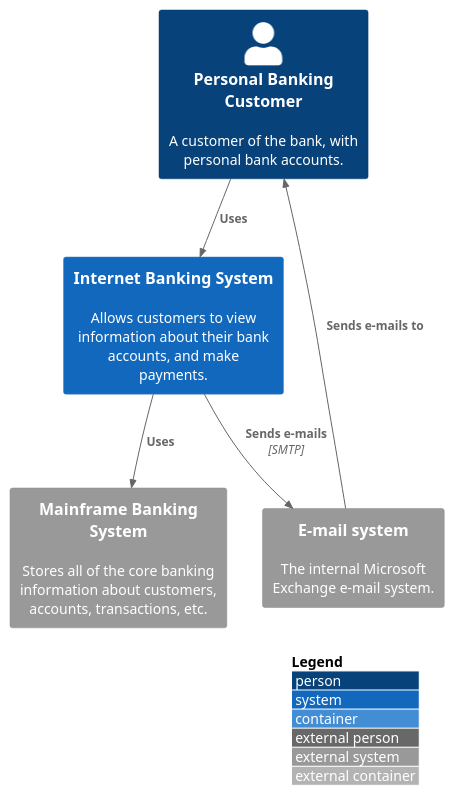
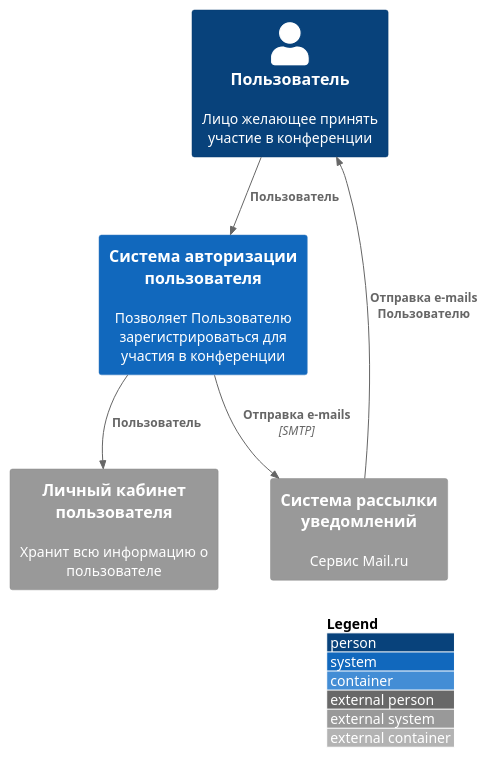
Before and after one commit to LenokGl/school: the diagram in docs/context/context.md, drawn with PlantUML. The commit also changed 3 other files, not shown here.

````diff
--- a/docs/context/context.md
+++ b/docs/context/context.md
@@ -5,17 +5,17 @@
 ```plantuml
 @startuml
 !include https://raw.githubusercontent.com/plantuml-stdlib/C4-PlantUML/master/C4_Container.puml
 
 LAYOUT_WITH_LEGEND()
 
-Person(pbc, "Personal Banking Customer", "A customer of the bank, with personal bank accounts.")
-System(ibs, "Internet Banking System", "Allows customers to view information about their bank accounts, and make payments.")
-System_Ext(es, "E-mail system", "The internal Microsoft Exchange e-mail system.")
-System_Ext(mbs, "Mainframe Banking System", "Stores all of the core banking information about customers, accounts, transactions, etc.")
+Person(pbc, "Пользователь", "Лицо желающее принять участие в конференции")
+System(ibs, "Система авторизации пользователя", "Позволяет Пользователю зарегистрироваться для участия в конференции")
+System_Ext(es, "Система рассылки уведомлений", "Сервис Mail.ru")
+System_Ext(mbs, "Личный кабинет пользователя", "Хранит всю информацию о пользователе")
 
-Rel(pbc, ibs, "Uses")
-Rel(es, pbc, "Sends e-mails to")
-Rel(ibs, es, "Sends e-mails", "SMTP")
-Rel(ibs, mbs, "Uses")
+Rel(pbc, ibs, "Пользователь")
+Rel(es, pbc, "Отправка e-mails Пользователю")
+Rel(ibs, es, "Отправка e-mails", "SMTP")
+Rel(ibs, mbs, "Пользователь")
 @enduml
 ```
````
